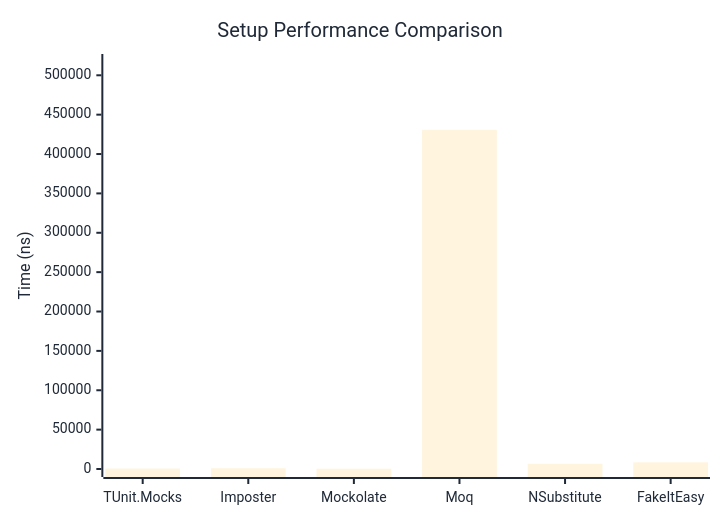
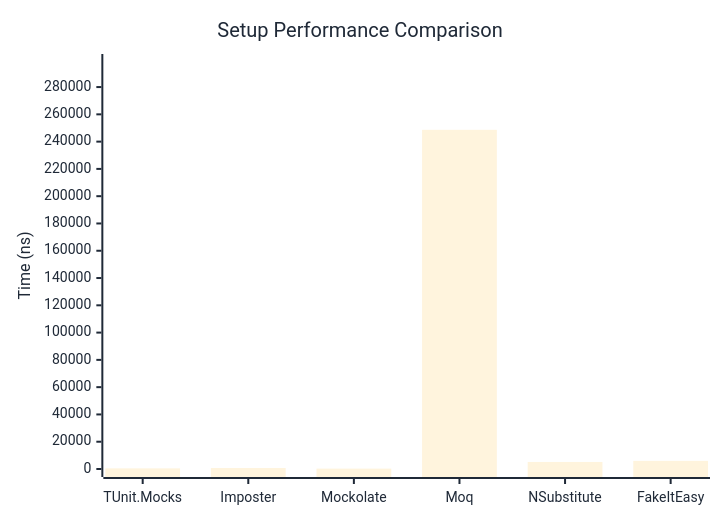
Before and after one commit to thomhurst/TUnit: the first of 2 diagrams in docs/docs/benchmarks/mocks/Setup.md, drawn with Mermaid. The commit also changed other lines of this file and 14 other files, not shown here.

````diff
--- a/docs/docs/benchmarks/mocks/Setup.md
+++ b/docs/docs/benchmarks/mocks/Setup.md
@@ -30,27 +30,27 @@
 ```mermaid
 %%{init: {
   'theme':'base',
   'themeVariables': {
     'primaryColor': '#2563eb',
     'primaryTextColor': '#1f2937',
     'primaryBorderColor': '#1e40af',
     'lineColor': '#6b7280',
     'secondaryColor': '#7c3aed',
     'tertiaryColor': '#dc2626',
     'background': '#ffffff',
     'pie1': '#2563eb',
     'pie2': '#7c3aed',
     'pie3': '#dc2626',
     'pie4': '#f59e0b',
     'pie5': '#10b981',
     'pie6': '#06b6d4',
     'pie7': '#ec4899',
     'pie8': '#6366f1'
   }
 }}%%
 xychart-beta
   title "Setup Performance Comparison"
   x-axis ["TUnit.Mocks", "Imposter", "Mockolate", "Moq", "NSubstitute", "FakeItEasy"]
-  y-axis "Time (ns)" 0 --> 516878
-  bar [573.6, 934, 339.9, 430731.3, 6582.1, 8413.4]
+  y-axis "Time (ns)" 0 --> 298374
+  bar [461.1, 730.1, 286.6, 248645, 5151.5, 5964.4]
 ```
````
